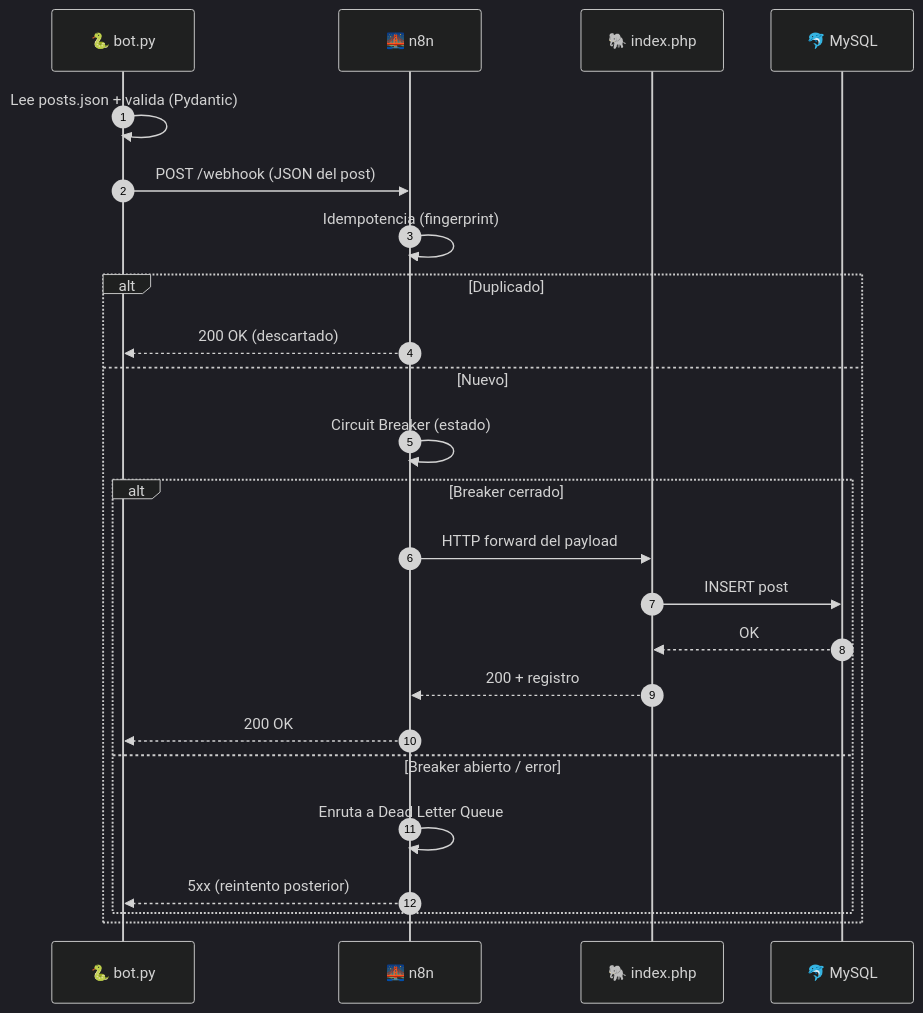
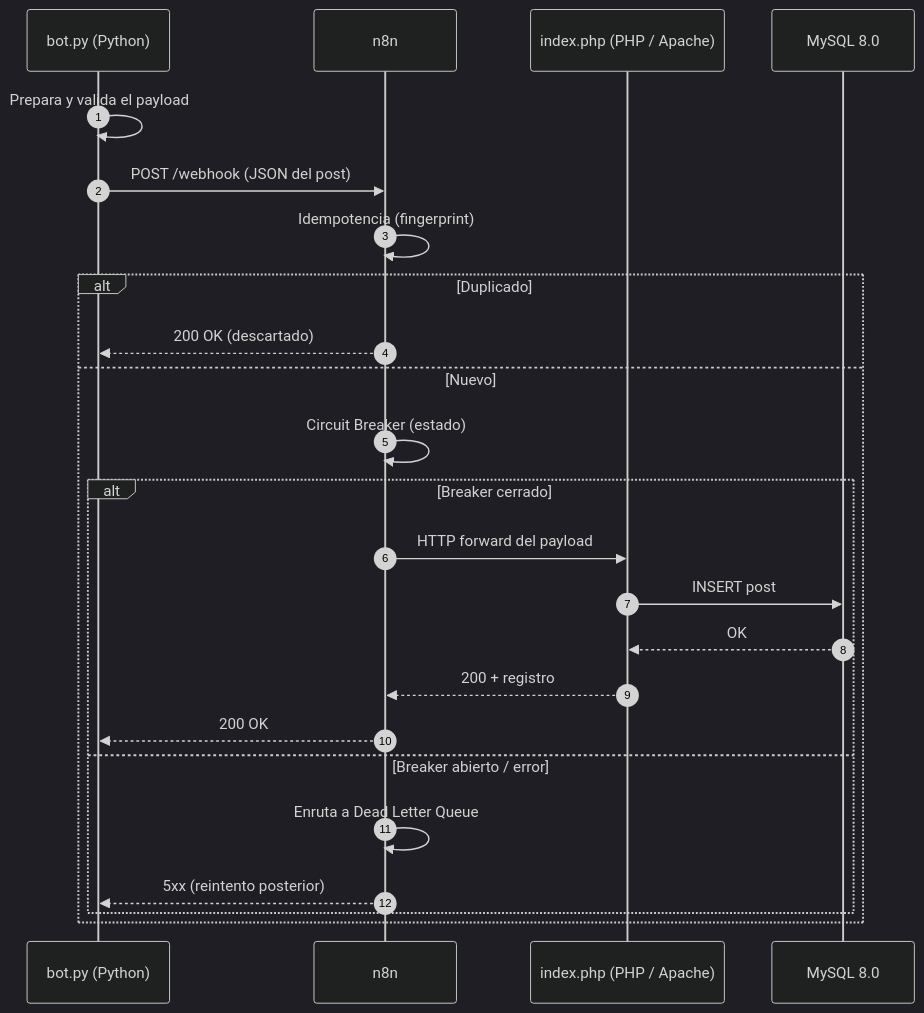
The second of 2 diagrams in cases/01-python-to-php/ARCHITECTURE.md (vladimiracunadev-create/social-bot-scheduler), drawn with Mermaid (dark theme) before and after one commit. The commit also changed other lines of this file and 8 other files, not shown here.

First line of the commit message:
fix(diagrams): Mermaid compatible con GitHub (securityLevel strict)

````diff
--- a/cases/01-python-to-php/ARCHITECTURE.md
+++ b/cases/01-python-to-php/ARCHITECTURE.md
@@ -66,27 +66,27 @@
 ```mermaid
 sequenceDiagram
     autonumber
-    participant Bot as 🐍 bot.py
-    participant N8N as 🌉 n8n
-    participant PHP as 🐘 index.php
-    participant DB as 🐬 MySQL
+    participant Bot as bot.py (Python)
+    participant N8N as n8n
+    participant Dest as index.php (PHP / Apache)
+    participant DB as MySQL 8.0
 
-    Bot->>Bot: Lee posts.json + valida (Pydantic)
+    Bot->>Bot: Prepara y valida el payload
     Bot->>N8N: POST /webhook (JSON del post)
     N8N->>N8N: Idempotencia (fingerprint)
     alt Duplicado
         N8N-->>Bot: 200 OK (descartado)
     else Nuevo
         N8N->>N8N: Circuit Breaker (estado)
         alt Breaker cerrado
-            N8N->>PHP: HTTP forward del payload
-            PHP->>DB: INSERT post
-            DB-->>PHP: OK
-            PHP-->>N8N: 200 + registro
+            N8N->>Dest: HTTP forward del payload
+            Dest->>DB: INSERT post
+            DB-->>Dest: OK
+            Dest-->>N8N: 200 + registro
             N8N-->>Bot: 200 OK
         else Breaker abierto / error
             N8N->>N8N: Enruta a Dead Letter Queue
             N8N-->>Bot: 5xx (reintento posterior)
         end
     end
 ```
````
